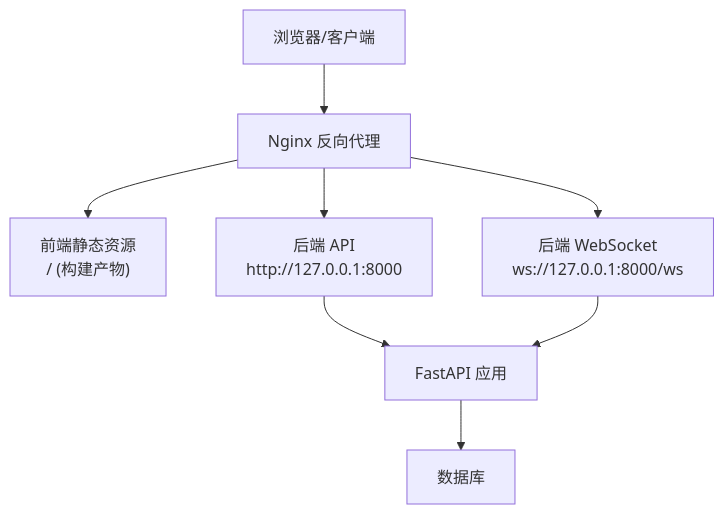
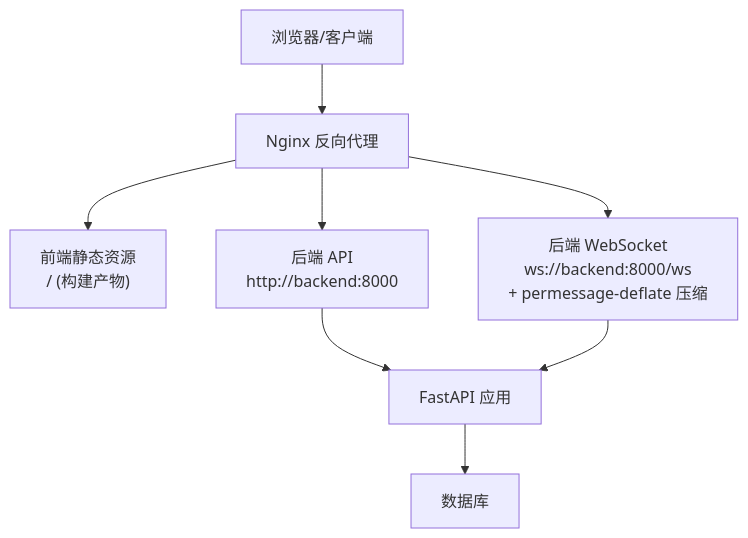
One commit to laohanhahaha/PaperChat changed the second of 3 diagrams in .qoder/repowiki/zh/content/部署与运维/部署配置.md. Above: the diagram before and after it, drawn with Mermaid. The commit also changed other lines of this file and 59 other files, not shown here.

````diff
--- a/.qoder/repowiki/zh/content/部署与运维/部署配置.md
+++ b/.qoder/repowiki/zh/content/部署与运维/部署配置.md
@@ -83,10 +110,10 @@
 ```mermaid
 graph TB
 Client["浏览器/客户端"] --> Nginx["Nginx 反向代理"]
 Nginx --> FE_Static["前端静态资源<br/>/ (构建产物)"]
-Nginx --> API_Upstream["后端 API<br/>http://127.0.0.1:8000"]
-Nginx --> WS_Upstream["后端 WebSocket<br/>ws://127.0.0.1:8000/ws"]
+Nginx --> API_Upstream["后端 API<br/>http://backend:8000"]
+Nginx --> WS_Upstream["后端 WebSocket<br/>ws://backend:8000/ws<br/>+ permessage-deflate 压缩"]
 API_Upstream --> BE_App["FastAPI 应用"]
 WS_Upstream --> BE_App
 BE_App --> DB["数据库"]
 ```
````
